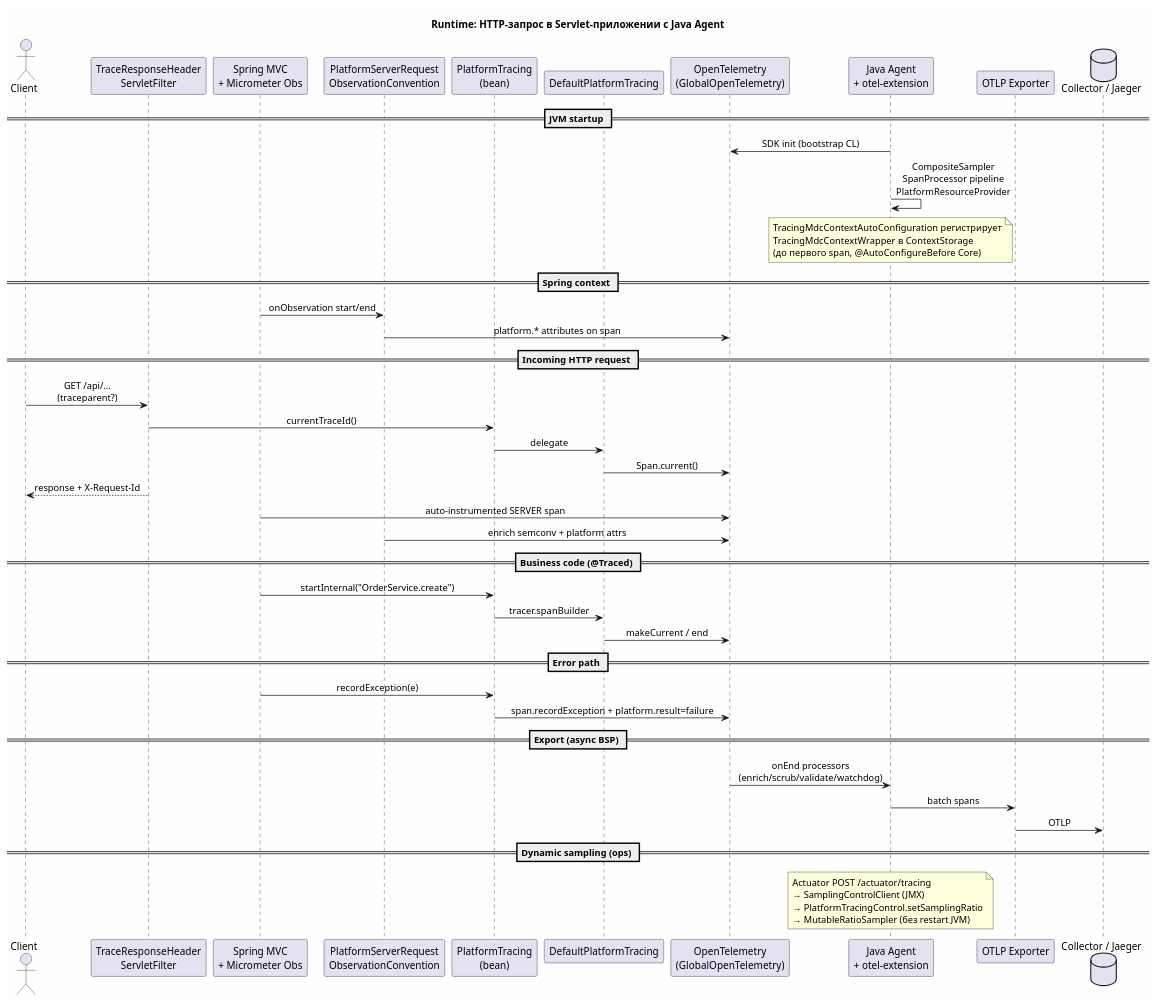
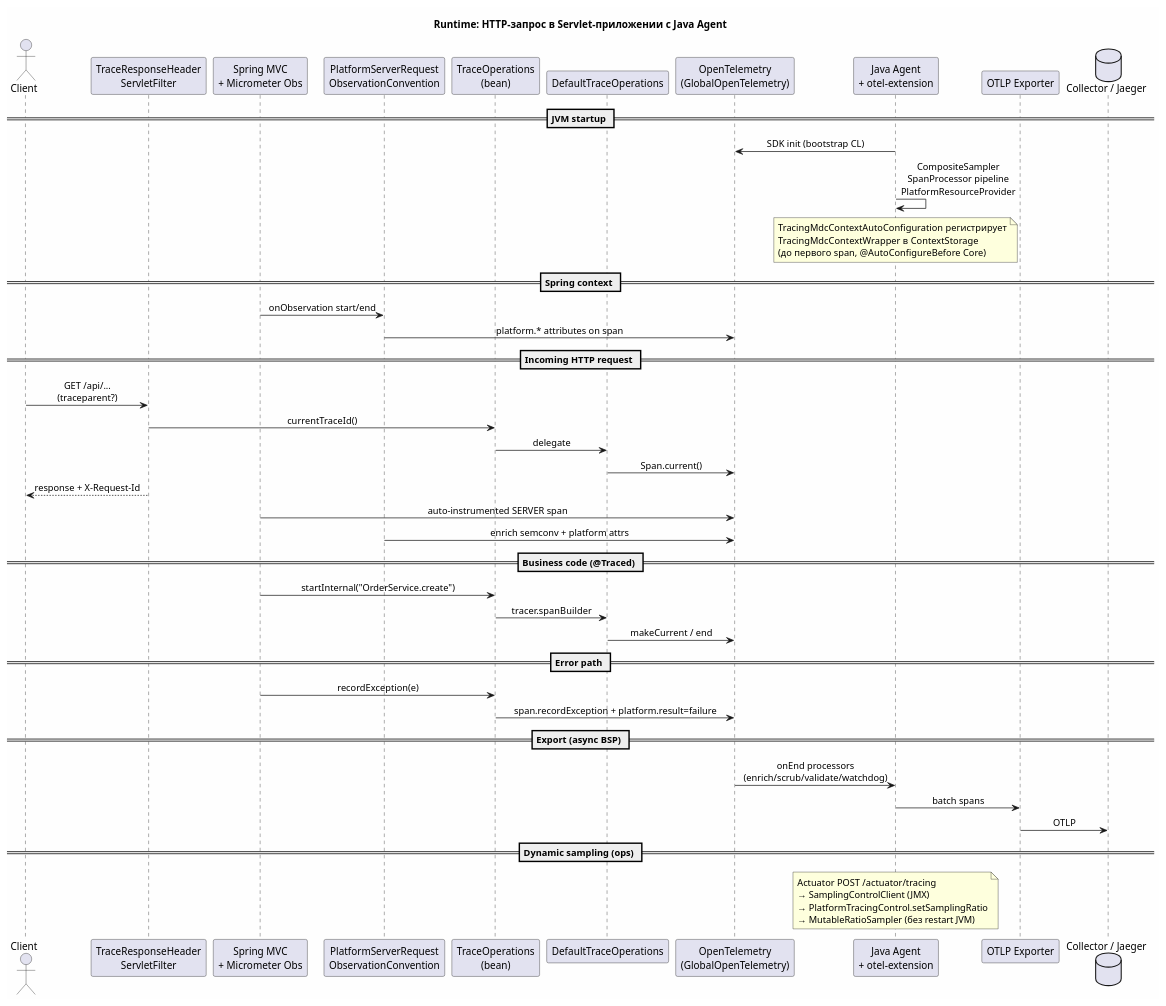
Before and after one commit to andrew3008/EnglishDictionary: the eighth of 11 diagrams in docs/architecture/Components_v2.puml, drawn with PlantUML. The commit also changed other lines of this file and 146 other files, not shown here.

Commit message:
refactor(api): rename root tracing facade to TraceOperations

```diff
--- a/docs/architecture/Components_v2.puml
+++ b/docs/architecture/Components_v2.puml
@@ -633,64 +633,64 @@
 @startuml platform-tracing-08-runtime-sequence
 skinparam backgroundColor #FEFEFE
 skinparam sequenceMessageAlign center
 skinparam defaultFontName "Segoe UI"
 
 title Runtime: HTTP-запрос в Servlet-приложении с Java Agent
 
 actor Client
 participant "TraceResponseHeader\nServletFilter" as Filter
 participant "Spring MVC\n+ Micrometer Obs" as MVC
 participant "PlatformServerRequest\nObservationConvention" as Conv
-participant "PlatformTracing\n(bean)" as PT
-participant "DefaultPlatformTracing" as DPT
+participant "TraceOperations\n(bean)" as PT
+participant "DefaultTraceOperations" as DPT
 participant "OpenTelemetry\n(GlobalOpenTelemetry)" as OT
 participant "Java Agent\n+ otel-extension" as Agent
 participant "OTLP Exporter" as Export
 database "Collector / Jaeger" as Backend
 
 == JVM startup ==
 Agent -> OT : SDK init (bootstrap CL)
 Agent -> Agent : CompositeSampler\nSpanProcessor pipeline\nPlatformResourceProvider
 note over Agent
   TracingMdcContextAutoConfiguration регистрирует
   TracingMdcContextWrapper в ContextStorage
   (до первого span, @AutoConfigureBefore Core)
 end note
 
 == Spring context ==
 MVC -> Conv : onObservation start/end
 Conv -> OT : platform.* attributes on span
 
 == Incoming HTTP request ==
 Client -> Filter : GET /api/...\n(traceparent?)
 Filter -> PT : currentTraceId()
 PT -> DPT : delegate
 DPT -> OT : Span.current()
 Filter --> Client : response + X-Request-Id
 
 MVC -> OT : auto-instrumented SERVER span
 Conv -> OT : enrich semconv + platform attrs
 
 == Business code (@Traced) ==
 MVC -> PT : startInternal("OrderService.create")
 PT -> DPT : tracer.spanBuilder
 DPT -> OT : makeCurrent / end
 
 == Error path ==
 MVC -> PT : recordException(e)
 PT -> OT : span.recordException + platform.result=failure
 
 == Export (async BSP) ==
 OT -> Agent : onEnd processors\n(enrich/scrub/validate/watchdog)
 Agent -> Export : batch spans
 Export -> Backend : OTLP
 
 == Dynamic sampling (ops) ==
 note over Agent
   Actuator POST /actuator/tracing
   → SamplingControlClient (JMX)
   → PlatformTracingControl.setSamplingRatio
   → MutableRatioSampler (без restart JVM)
 end note
 
 @enduml
```
